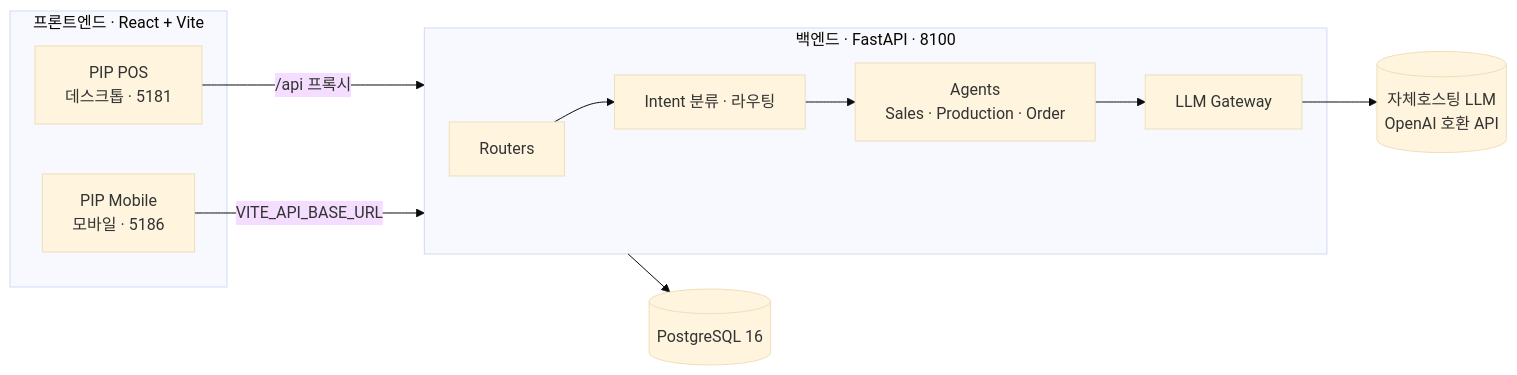
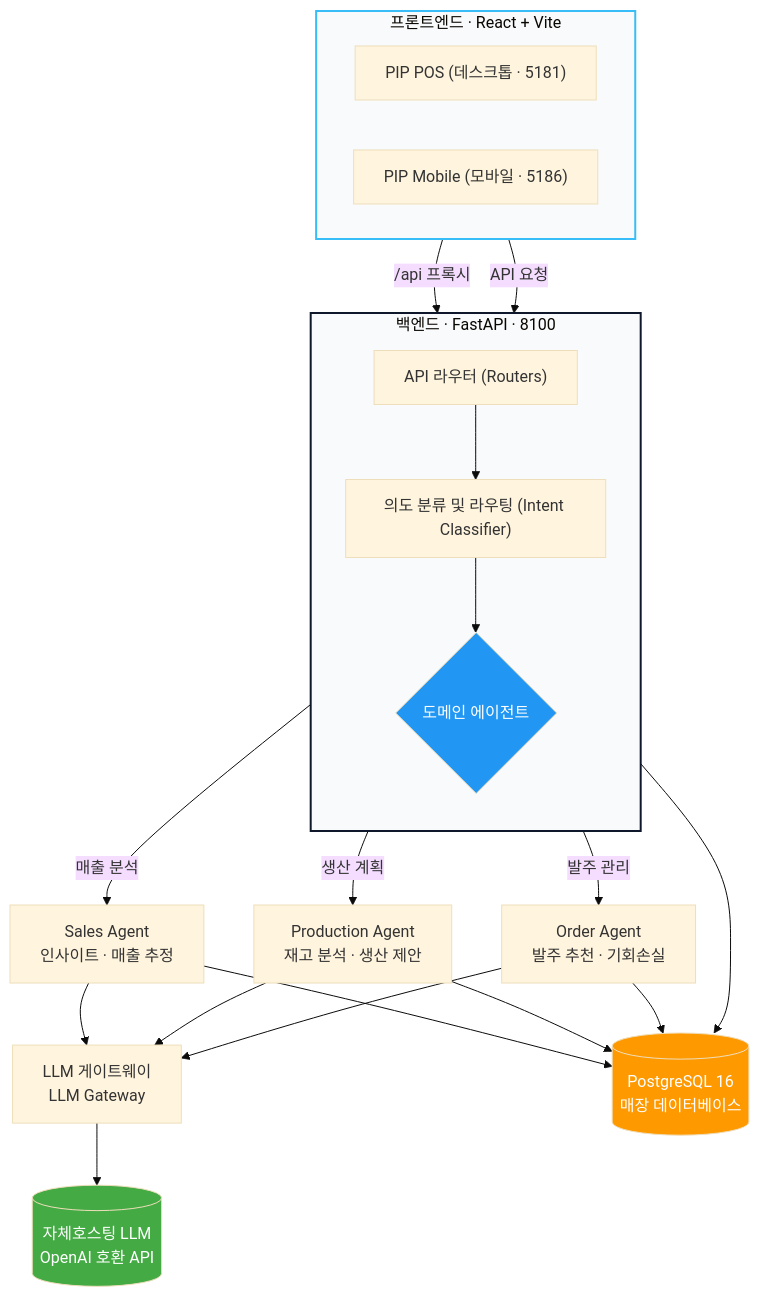
Before and after one commit to Power-xc/spc-ai-pos: the diagram in README.md, drawn with Mermaid (base theme). The commit also changed other lines of this file and 5 other files, not shown here.

Commit message:
chore: finalize brand references to Pip AI and update README architecture diagram

````diff
--- a/README.md
+++ b/README.md
@@ -34,19 +47,53 @@
 ```mermaid
-flowchart LR
-    subgraph FE[프론트엔드 · React + Vite]
-      A["PIP POS<br/>데스크톱 · 5181"]
-      B["PIP Mobile<br/>모바일 · 5186"]
+flowchart TD
+    %% Nodes
+    subgraph FE [프론트엔드 · React + Vite]
+        direction LR
+        A["PIP POS (데스크톱 · 5181)"]
+        B["PIP Mobile (모바일 · 5186)"]
     end
-    subgraph BE["백엔드 · FastAPI · 8100"]
-      R[Routers]
-      O["Intent 분류 · 라우팅"]
-      AG["Agents<br/>Sales · Production · Order"]
-      G[LLM Gateway]
+
+    subgraph BE [백엔드 · FastAPI · 8100]
+        direction TB
+        R["API 라우터 (Routers)"]
+        O["의도 분류 및 라우팅 (Intent Classifier)"]
+        AG{"도메인 에이전트"}
+        
+        R --> O
+        O --> AG
     end
+
+    AS["Sales Agent<br/>인사이트 · 매출 추정"]
+    AP["Production Agent<br/>재고 분석 · 생산 제안"]
+    AO["Order Agent<br/>발주 추천 · 기회손실"]
+    
+    G["LLM 게이트웨이<br/>LLM Gateway"]
+    DB[("PostgreSQL 16<br/>매장 데이터베이스")]
     LLM[("자체호스팅 LLM<br/>OpenAI 호환 API")]
-    DB[("PostgreSQL 16")]
-    A -->|"/api 프록시"| BE
-    B -->|VITE_API_BASE_URL| BE
-    R --> O --> AG --> G --> LLM
-    BE --> DB
+
+    %% Connections
+    A -->|"/api 프록시"| R
+    B -->|"API 요청"| R
+    R --> DB
+    
+    AG -- "매출 분석" --> AS
+    AG -- "생산 계획" --> AP
+    AG -- "발주 관리" --> AO
+    
+    AS --> G
+    AP --> G
+    AO --> G
+    
+    AS --> DB
+    AP --> DB
+    AO --> DB
+    
+    G --> LLM
+
+    %% Styling
+    style FE fill:#f8fafc,stroke:#38bdf8,stroke-width:2px
+    style BE fill:#f8fafc,stroke:#0f172a,stroke-width:2px
+    style AG fill:#2196F3,color:#fff
+    style DB fill:#f90,color:#fff
+    style LLM fill:#4a4,color:#fff
 ```
````
